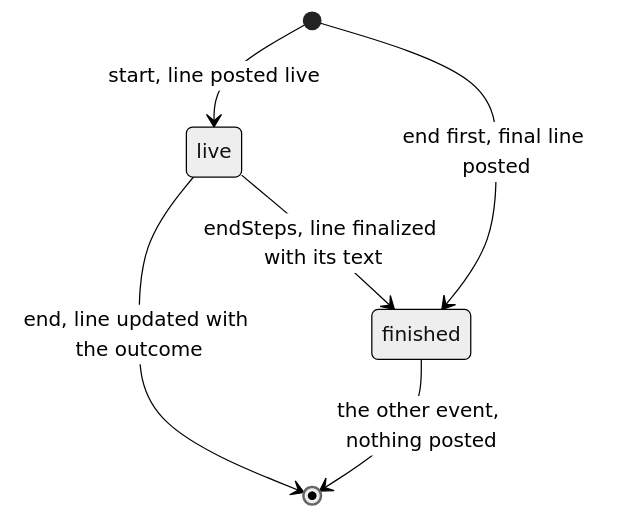
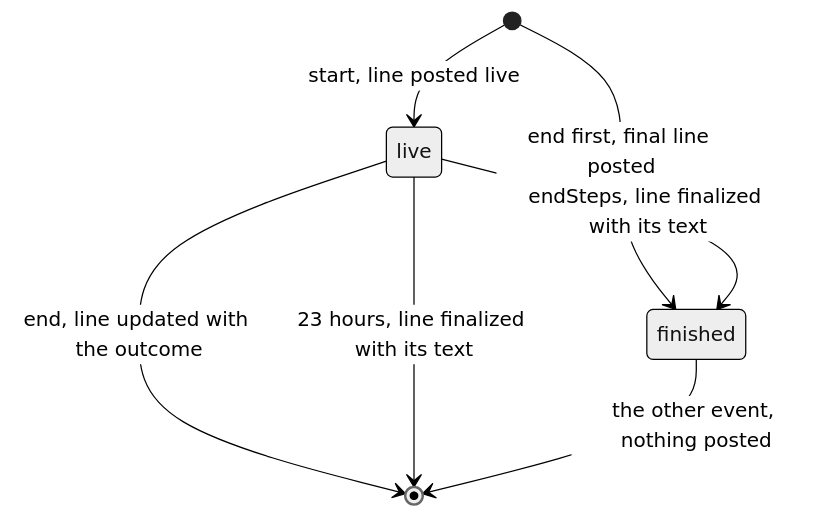
Before and after one commit to simplex-chat/simplex-chat: the second of 3 diagrams in plans/2026-11-12-mcp-activity.md, drawn with Mermaid (neutral theme). The commit also changed other lines of this file, not shown here.

````diff
--- a/plans/2026-11-12-mcp-activity.md
+++ b/plans/2026-11-12-mcp-activity.md
@@ -222,8 +251,9 @@
 ```mermaid
 stateDiagram-v2
   [*] --> live: start, line posted live
   [*] --> finished: end first, final line posted
   live --> [*]: end, line updated with the outcome
   live --> finished: endSteps, line finalized with its text
+  live --> [*]: 23 hours, line finalized with its text
   finished --> [*]: the other event, nothing posted
 ```
````
